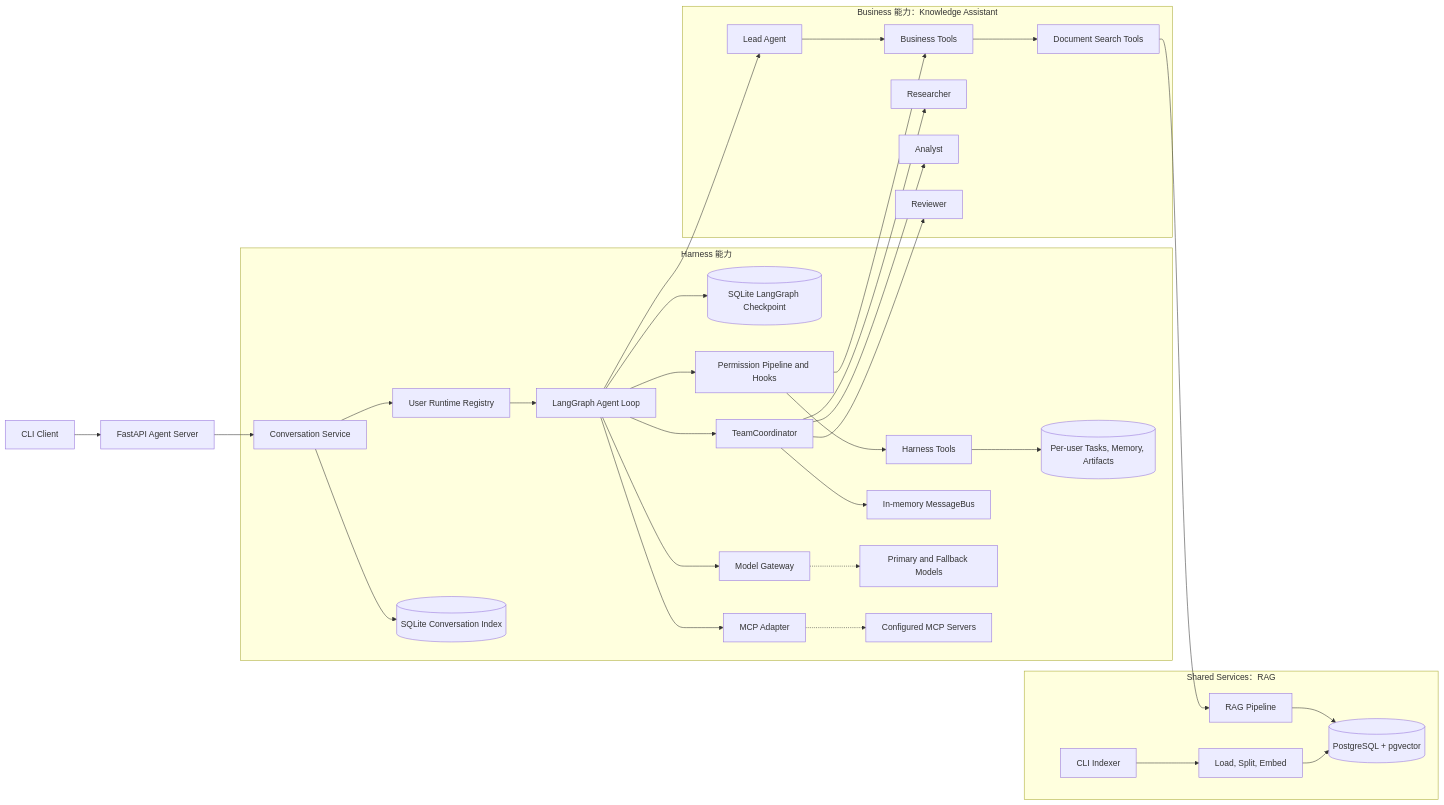
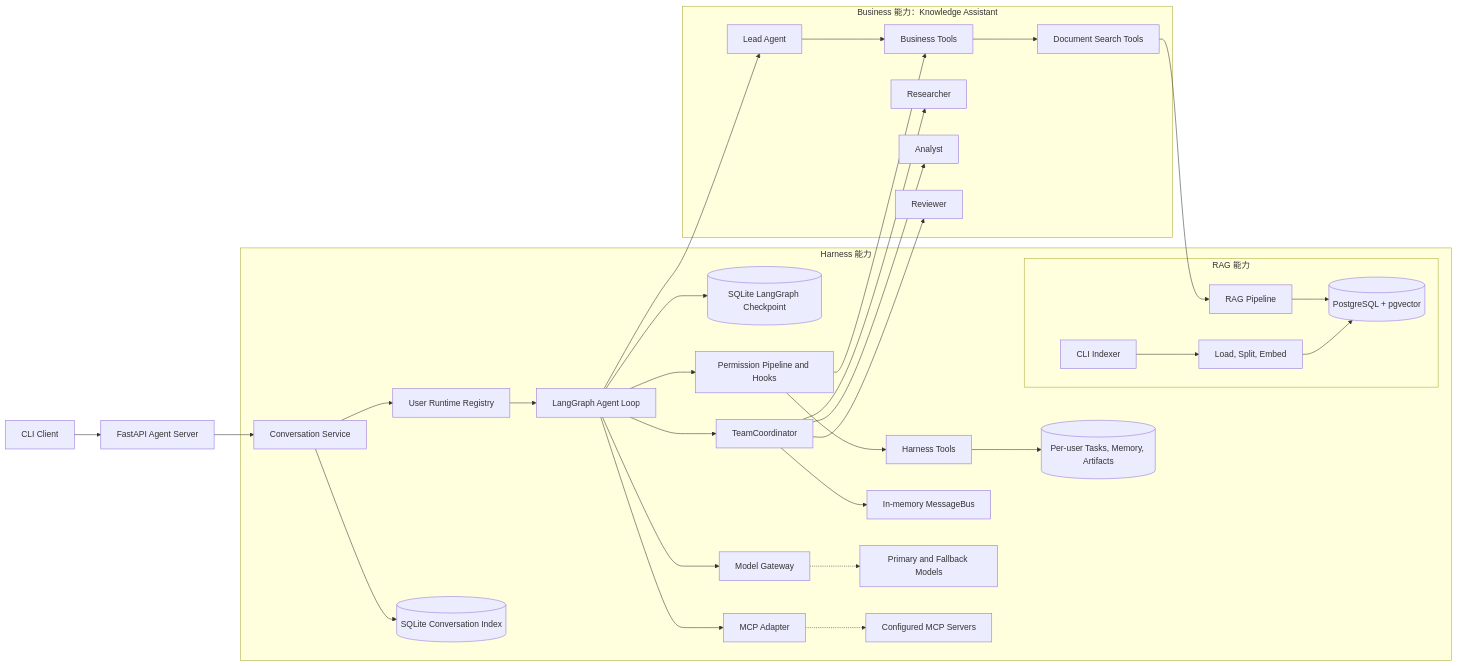
The diagram in README.md (misakisaysyes/Business-Agent-Harness), drawn with Mermaid before and after one commit.

Commit message:
docs: place rag under harness capabilities

````diff
--- a/README.md
+++ b/README.md
@@ -55,39 +55,39 @@
 ```mermaid
 flowchart LR
     cli["CLI Client"] --> api["FastAPI Agent Server"]
     api --> conversation["Conversation Service"]
 
     subgraph harness["Harness 能力"]
         conversation --> runtime["User Runtime Registry"]
         conversation --> conversationDb[("SQLite Conversation Index")]
         runtime --> agentLoop["LangGraph Agent Loop"]
         agentLoop --> checkpointDb[("SQLite LangGraph Checkpoint")]
         agentLoop --> permission["Permission Pipeline and Hooks"]
         permission --> harnessTools["Harness Tools"]
         harnessTools --> userStores[("Per-user Tasks, Memory, Artifacts")]
         agentLoop --> teamCoordinator["TeamCoordinator"]
         teamCoordinator --> messageBus["In-memory MessageBus"]
         agentLoop --> modelGateway["Model Gateway"]
         modelGateway -.-> modelProvider["Primary and Fallback Models"]
         agentLoop --> mcpAdapter["MCP Adapter"]
         mcpAdapter -.-> mcpServers["Configured MCP Servers"]
+
+        subgraph rag["RAG 能力"]
+            ragPipeline["RAG Pipeline"] --> vectorDb[("PostgreSQL + pgvector")]
+            indexer["CLI Indexer"] --> ingestion["Load, Split, Embed"]
+            ingestion --> vectorDb
+        end
     end
 
     subgraph business["Business 能力：Knowledge Assistant"]
         agentLoop --> lead["Lead Agent"]
         lead --> businessTools["Business Tools"]
         businessTools --> documentSearch["Document Search Tools"]
         teamCoordinator --> researcher["Researcher"]
         teamCoordinator --> analyst["Analyst"]
         teamCoordinator --> reviewer["Reviewer"]
     end
 
     permission --> businessTools
     documentSearch --> ragPipeline
-
-    subgraph shared["Shared Services：RAG"]
-        ragPipeline["RAG Pipeline"] --> vectorDb[("PostgreSQL + pgvector")]
-        indexer["CLI Indexer"] --> ingestion["Load, Split, Embed"]
-        ingestion --> vectorDb
-    end
 ```
````
